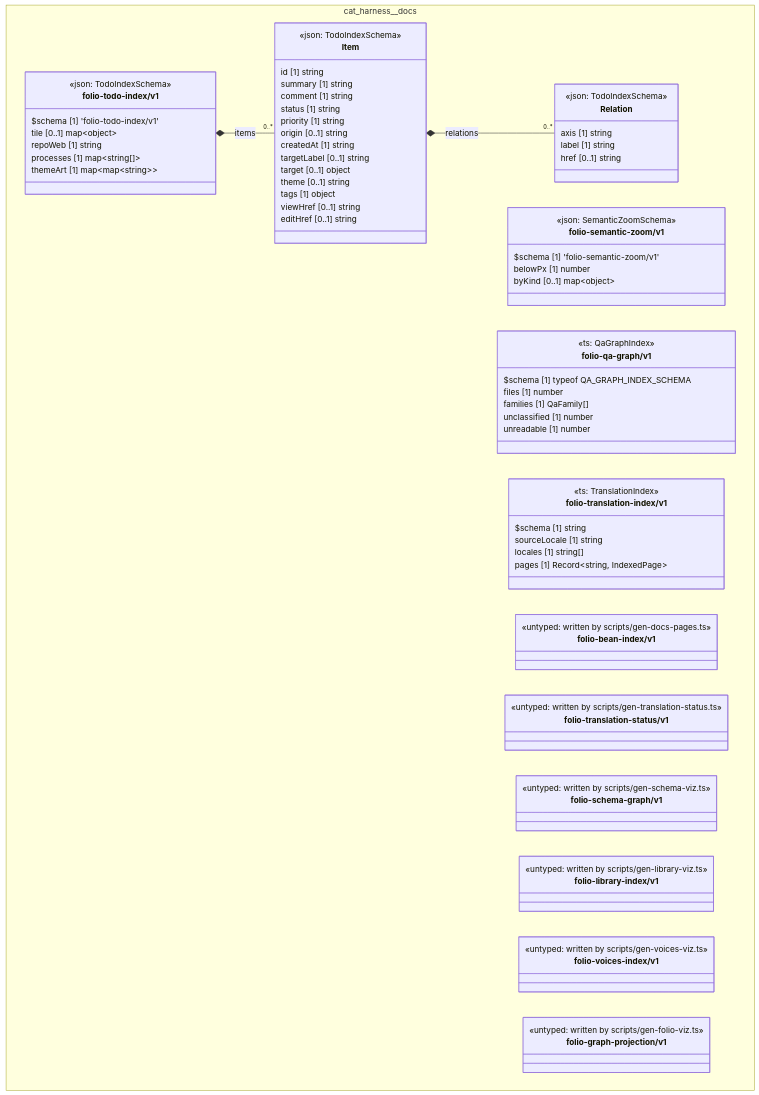
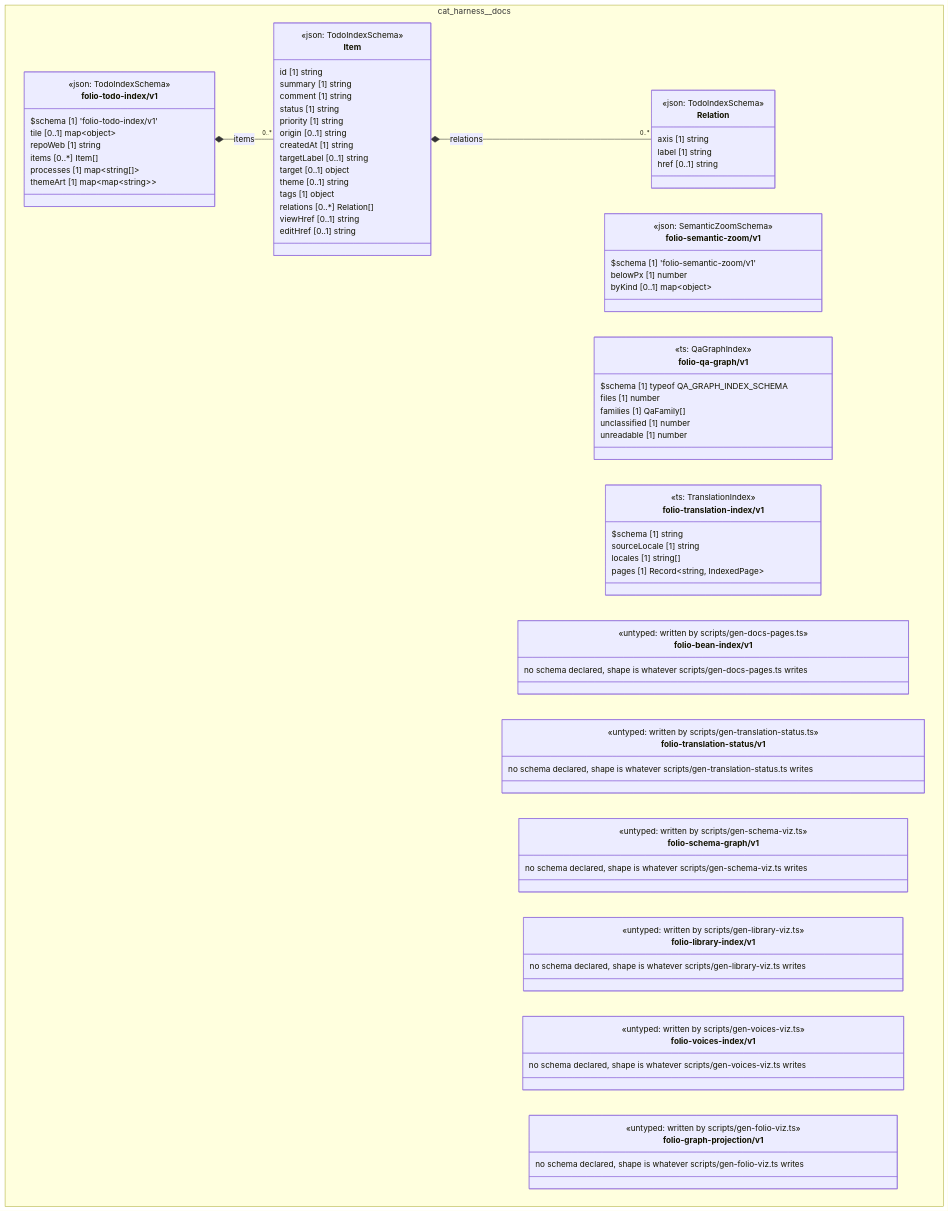
Before and after one commit to litlfred/folio-assistant: the diagram in cat-harness/docs/uml/overview/cat-harness/docs.md, drawn with Mermaid. The commit also changed 181 other files, not shown here.

First line of the commit message:
UML: full object model on the overview page; no empty class boxes

```diff
--- a/cat-harness/docs/uml/overview/cat-harness/docs.md
+++ b/cat-harness/docs/uml/overview/cat-harness/docs.md
@@ -49,6 +49,7 @@
       target [0..1] object
       theme [0..1] string
       tags [1] object
+      relations [0..*] Relation[]
       viewHref [0..1] string
       editHref [0..1] string
     }
@@ -57,6 +58,7 @@
       $schema [1] 'folio-todo-index/v1'
       tile [0..1] map~object~
       repoWeb [1] string
+      items [0..*] Item[]
       processes [1] map~string[]~
       themeArt [1] map~map~string~~
     }
@@ -83,21 +85,27 @@
     }
     class cat_harness_docs_folio_bean_index_v1["folio-bean-index/v1"] {
       <<untyped: written by scripts/gen-docs-pages.ts>>
+      no schema declared, shape is whatever scripts/gen-docs-pages.ts writes
     }
     class cat_harness_docs_folio_translation_status_v1["folio-translation-status/v1"] {
       <<untyped: written by scripts/gen-translation-status.ts>>
+      no schema declared, shape is whatever scripts/gen-translation-status.ts writes
     }
     class cat_harness_docs_folio_schema_graph_v1["folio-schema-graph/v1"] {
       <<untyped: written by scripts/gen-schema-viz.ts>>
+      no schema declared, shape is whatever scripts/gen-schema-viz.ts writes
     }
     class cat_harness_docs_folio_library_index_v1["folio-library-index/v1"] {
       <<untyped: written by scripts/gen-library-viz.ts>>
+      no schema declared, shape is whatever scripts/gen-library-viz.ts writes
     }
     class cat_harness_docs_folio_voices_index_v1["folio-voices-index/v1"] {
       <<untyped: written by scripts/gen-voices-viz.ts>>
+      no schema declared, shape is whatever scripts/gen-voices-viz.ts writes
     }
     class cat_harness_docs_folio_graph_projection_v1["folio-graph-projection/v1"] {
       <<untyped: written by scripts/gen-folio-viz.ts>>
+      no schema declared, shape is whatever scripts/gen-folio-viz.ts writes
     }
   }
   cat_harness_docs_folio_todo_index_v1_Item *-- "0..*" cat_harness_docs_folio_todo_index_v1_Relation : relations
```
